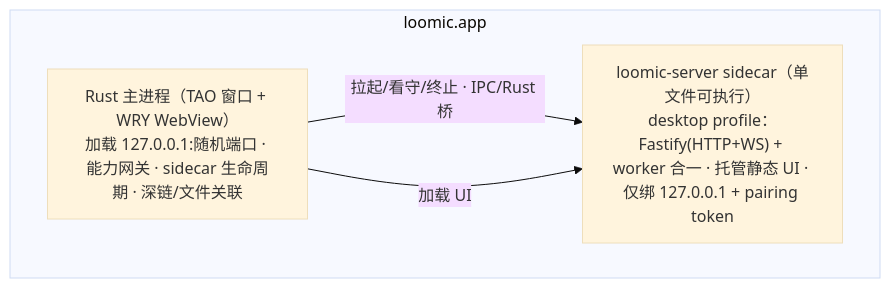
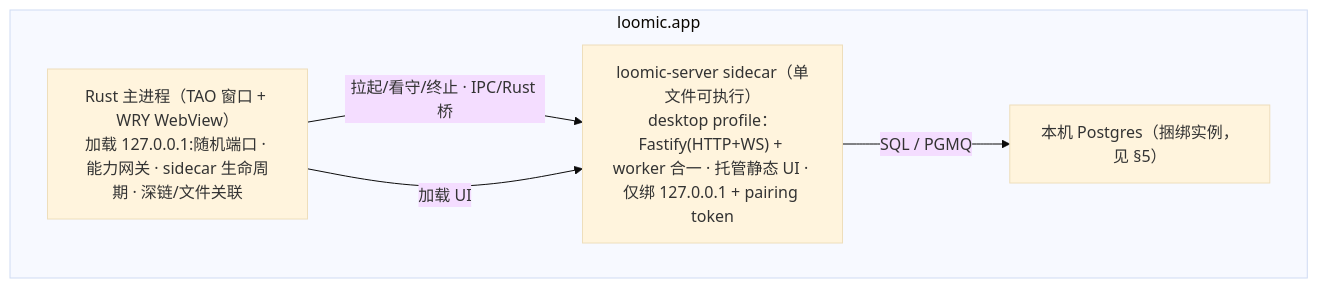
One commit to IsKenKenYa/KenFutWork changed the second of 2 diagrams in docs/tech/多端产品设计.md. Above: the diagram before and after it, drawn with Mermaid (base theme). The commit also changed other lines of this file and 2 other files, not shown here.

First line of the commit message:
docs: 改造计划补技术栈/dsh兼容/依赖安全，存储转向自管 Postgres 去 Supabase 云

````diff
--- a/docs/tech/多端产品设计.md
+++ b/docs/tech/多端产品设计.md
@@ -89,9 +94,11 @@
 ```mermaid
 graph TB
     subgraph APP["loomic.app"]
         RUST["Rust 主进程（TAO 窗口 + WRY WebView）<br/>加载 127.0.0.1:随机端口 · 能力网关 · sidecar 生命周期 · 深链/文件关联"]
         SIDE["loomic-server sidecar（单文件可执行）<br/>desktop profile：Fastify(HTTP+WS) + worker 合一 · 托管静态 UI · 仅绑 127.0.0.1 + pairing token"]
+        PG["本机 Postgres（捆绑实例，见 §5）"]
     end
     RUST -->|"拉起/看守/终止 · IPC/Rust 桥"| SIDE
     RUST -->|"加载 UI"| SIDE
+    SIDE -->|"SQL / PGMQ"| PG
 ```
````
